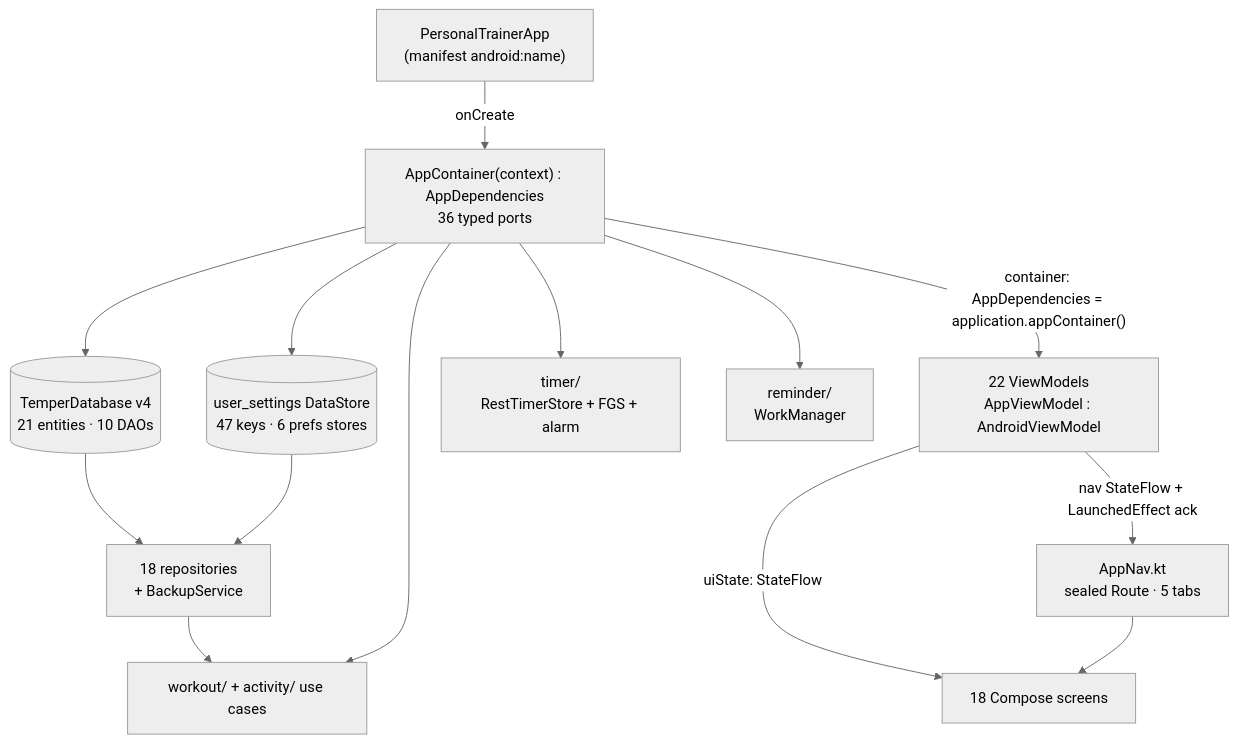
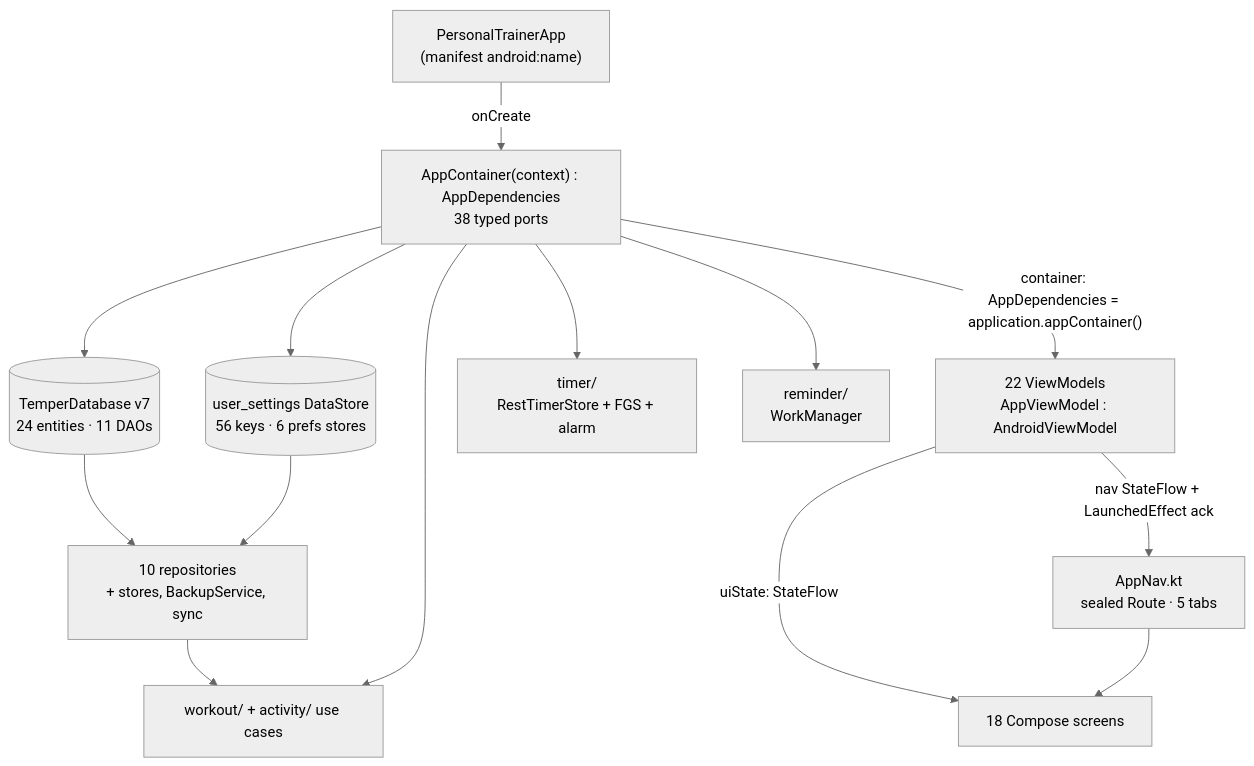
Before and after one commit to sinura7/PersonalTrainer: the diagram in docs/architecture/CURRENT_STRUCTURE.md, drawn with Mermaid (neutral theme). The commit also changed other lines of this file and 18 other files, not shown here.

````diff
--- a/docs/architecture/CURRENT_STRUCTURE.md
+++ b/docs/architecture/CURRENT_STRUCTURE.md
@@ -70,28 +73,28 @@
 ```mermaid
 flowchart TB
     PTA["PersonalTrainerApp<br/>(manifest android:name)"]
-    AC["AppContainer(context) : AppDependencies<br/>36 typed ports"]
-    DB[("TemperDatabase v4<br/>21 entities · 10 DAOs")]
-    PREFS[("user_settings DataStore<br/>47 keys · 6 prefs stores")]
-    REPOS["18 repositories<br/>+ BackupService"]
+    AC["AppContainer(context) : AppDependencies<br/>38 typed ports"]
+    DB[("TemperDatabase v7<br/>24 entities · 11 DAOs")]
+    PREFS[("user_settings DataStore<br/>56 keys · 6 prefs stores")]
+    REPOS["10 repositories<br/>+ stores, BackupService, sync"]
     UC["workout/ + activity/ use cases"]
     VMS["22 ViewModels<br/>AppViewModel : AndroidViewModel"]
     NAV["AppNav.kt<br/>sealed Route · 5 tabs"]
     SCR["18 Compose screens"]
     TIM["timer/<br/>RestTimerStore + FGS + alarm"]
     REM["reminder/<br/>WorkManager"]
 
     PTA -->|onCreate| AC
     AC --> DB
     AC --> PREFS
     DB --> REPOS
     PREFS --> REPOS
     REPOS --> UC
     AC --> UC
     AC --> TIM
     AC --> REM
     AC -->|"container: AppDependencies = application.appContainer()"| VMS
     VMS -->|"uiState: StateFlow"| SCR
     VMS -->|"nav StateFlow + LaunchedEffect ack"| NAV
     NAV --> SCR
 ```
````
